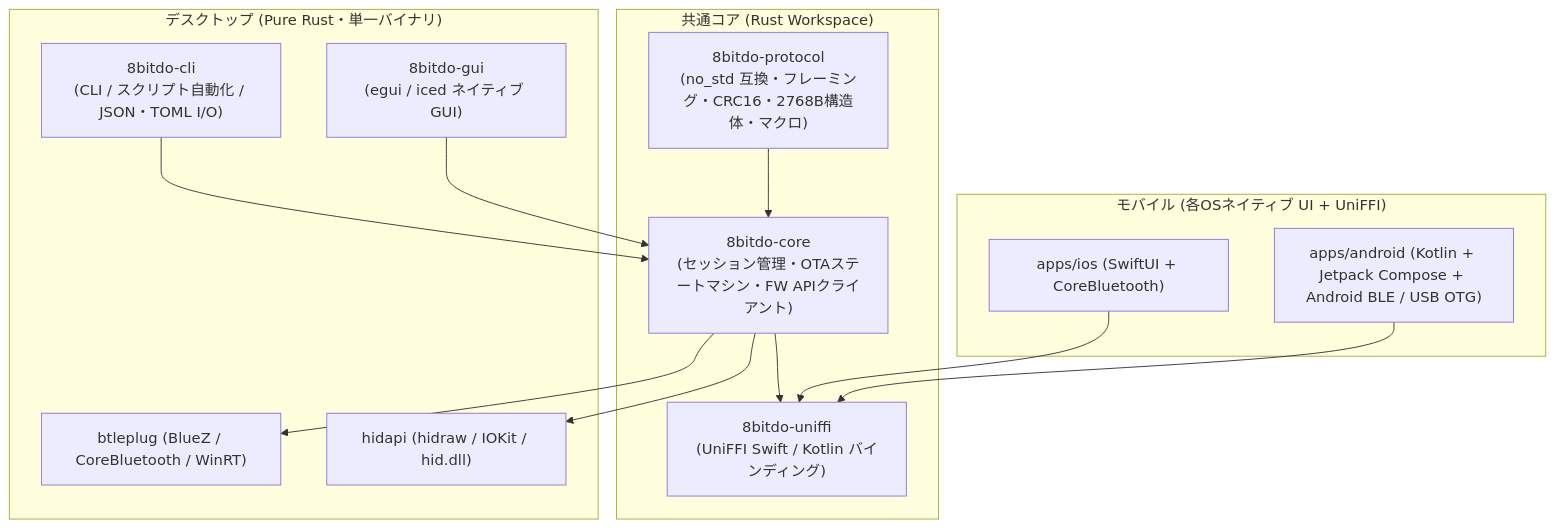
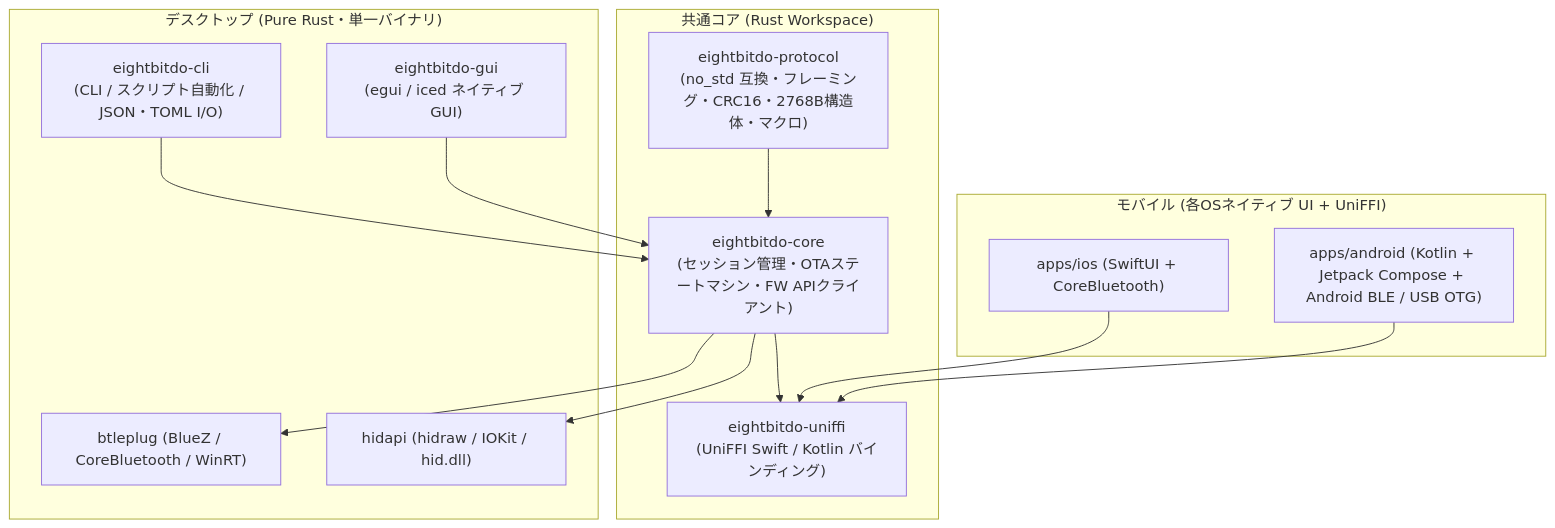
One commit to haruki0420/8bitdo-ultimate2-suite changed the diagram in docs/IMPLEMENTATION_PLAN.md. Above: the diagram before and after it, drawn with Mermaid. The commit also changed other lines of this file and 16 other files, not shown here.

First line of the commit message:
feat: implement Phase 1 eightbitdo-protocol crate

````diff
--- a/docs/IMPLEMENTATION_PLAN.md
+++ b/docs/IMPLEMENTATION_PLAN.md
@@ -18,28 +18,28 @@
 ```mermaid
 graph TD
     subgraph Shared["共通コア (Rust Workspace)"]
-        Proto["8bitdo-protocol<br/>(no_std 互換・フレーミング・CRC16・2768B構造体・マクロ)"]
-        Core["8bitdo-core<br/>(セッション管理・OTAステートマシン・FW APIクライアント)"]
-        FFI["8bitdo-uniffi<br/>(UniFFI Swift / Kotlin バインディング)"]
+        Proto["eightbitdo-protocol<br/>(no_std 互換・フレーミング・CRC16・2768B構造体・マクロ)"]
+        Core["eightbitdo-core<br/>(セッション管理・OTAステートマシン・FW APIクライアント)"]
+        FFI["eightbitdo-uniffi<br/>(UniFFI Swift / Kotlin バインディング)"]
         Proto --> Core
         Core --> FFI
     end
 
     subgraph Desktop["デスクトップ (Pure Rust・単一バイナリ)"]
-        CLI["8bitdo-cli<br/>(CLI / スクリプト自動化 / JSON・TOML I/O)"]
-        GUI["8bitdo-gui<br/>(egui / iced ネイティブ GUI)"]
+        CLI["eightbitdo-cli<br/>(CLI / スクリプト自動化 / JSON・TOML I/O)"]
+        GUI["eightbitdo-gui<br/>(egui / iced ネイティブ GUI)"]
         BTDesk["btleplug (BlueZ / CoreBluetooth / WinRT)"]
         HIDDesk["hidapi (hidraw / IOKit / hid.dll)"]
         CLI --> Core
         GUI --> Core
         Core --> BTDesk
         Core --> HIDDesk
     end
 
     subgraph Mobile["モバイル (各OSネイティブ UI + UniFFI)"]
         iOS["apps/ios (SwiftUI + CoreBluetooth)"]
         Android["apps/android (Kotlin + Jetpack Compose + Android BLE / USB OTG)"]
         iOS --> FFI
         Android --> FFI
     end
 ```
````
